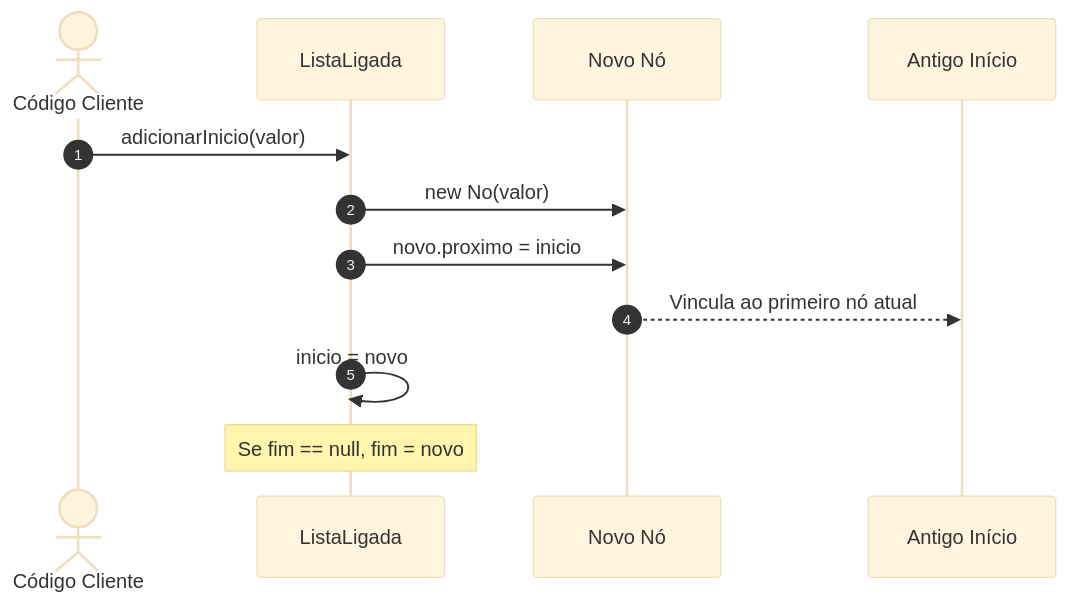
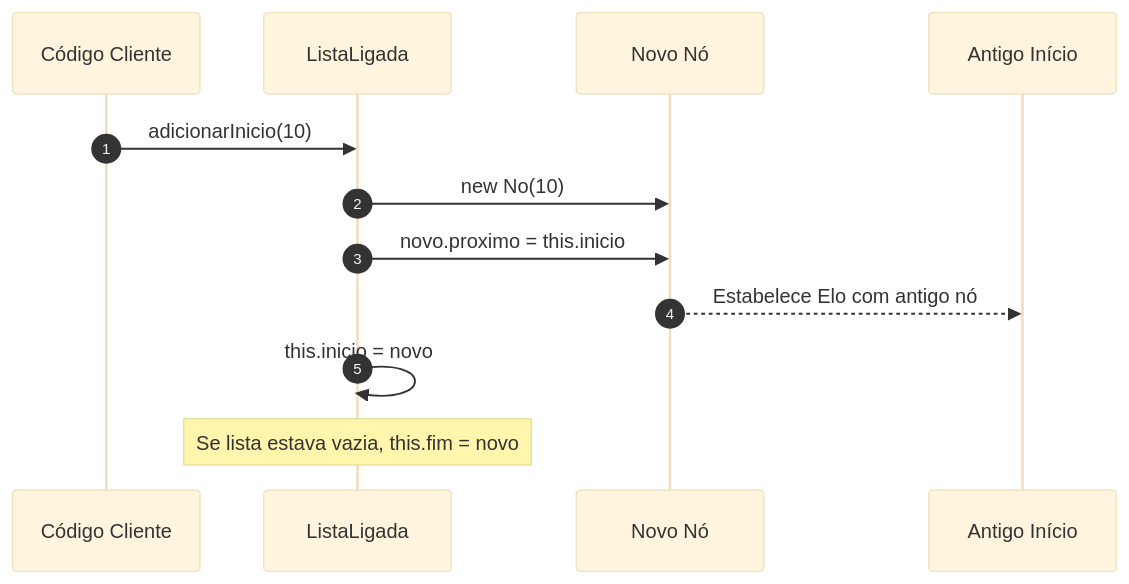
Diagram 15 of 26 in 4º Semestre/[Prof. Wesley Soares] Estrutura de Dados I/Resumos-IA/Simulados-Comentados.md (murilolol/unifef), drawn with Mermaid (base theme) before and after one commit. The commit also changed other lines of this file and 58 other files, not shown here.

````diff
--- a/4º Semestre/[Prof. Wesley Soares] Estrutura de Dados I/Resumos-IA/Simulados-Comentados.md
+++ b/4º Semestre/[Prof. Wesley Soares] Estrutura de Dados I/Resumos-IA/Simulados-Comentados.md
@@ -1057,15 +694,15 @@
 ```mermaid
 sequenceDiagram
-  autonumber
-  actor App as Código Cliente
-  participant L as ListaLigada
-  participant N as Novo Nó
-  participant Antigo as Antigo Início
+    autonumber
+    participant App as Código Cliente
+    participant Lista as ListaLigada
+    participant Novo as Novo Nó
+    participant Antigo as Antigo Início
 
-  App->>L: adicionarInicio(valor)
-  L->>N: new No(valor)
-  L->>N: novo.proximo = inicio
-  N-->>Antigo: Vincula ao primeiro nó atual
-  L->>L: inicio = novo
-  Note over L: Se fim == null, fim = novo
+    App->>Lista: adicionarInicio(10)
+    Lista->>Novo: new No(10)
+    Lista->>Novo: novo.proximo = this.inicio
+    Novo-->>Antigo: Estabelece Elo com antigo nó
+    Lista->>Lista: this.inicio = novo
+    Note over Lista: Se lista estava vazia, this.fim = novo
 ```
````
